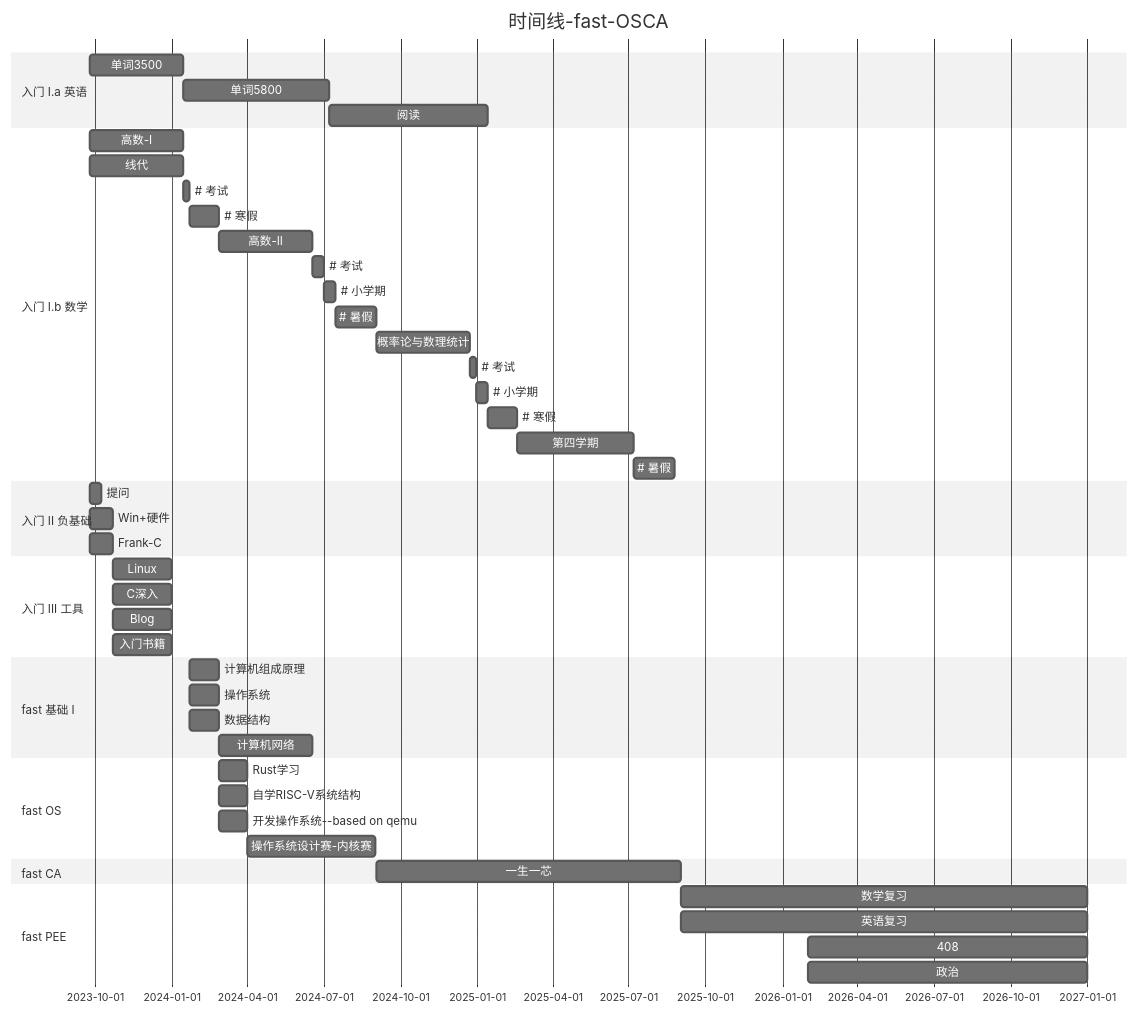
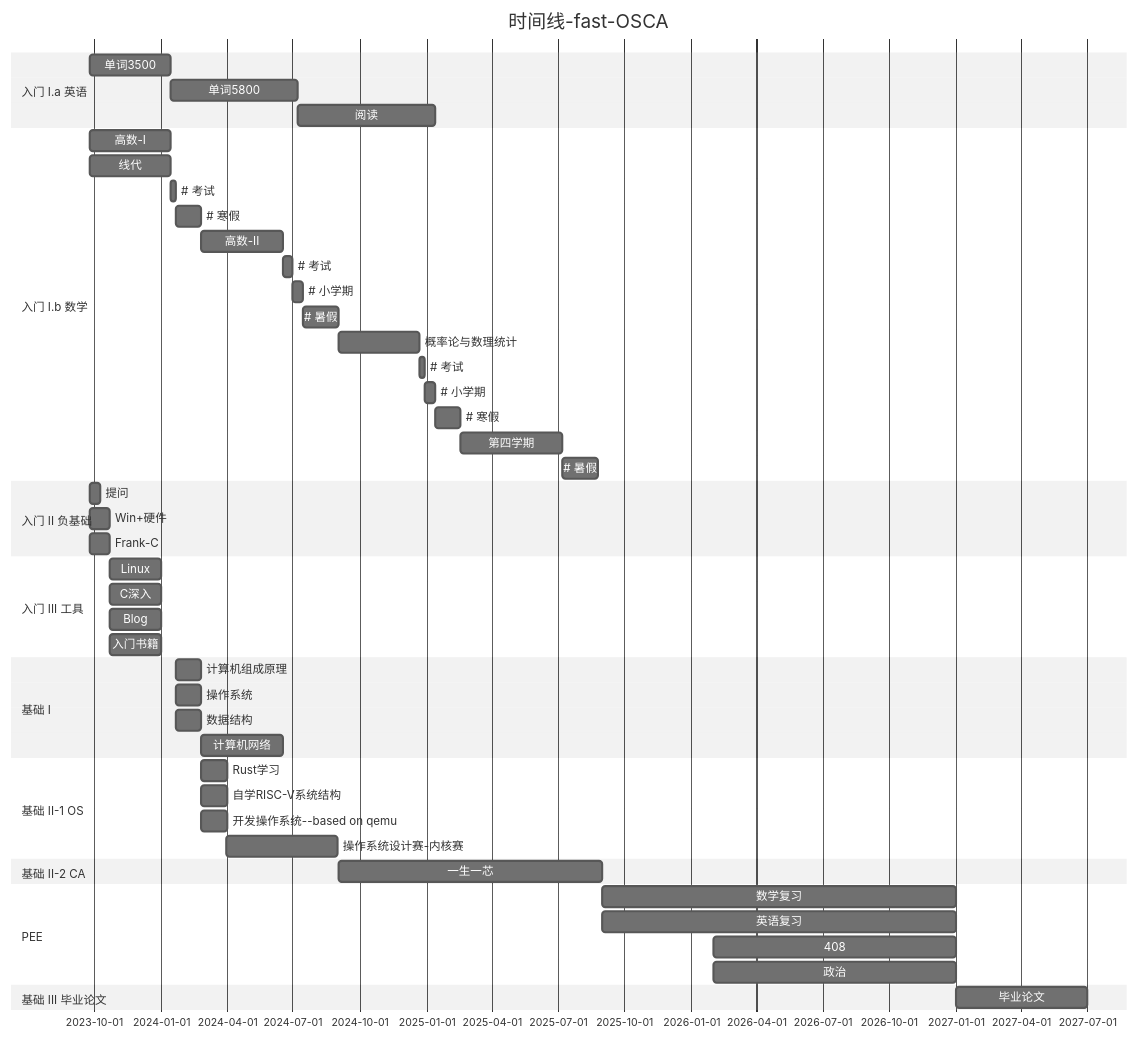
One commit to Haohahahaha/cs changed the first of 3 diagrams in docs/greenhand/fertile/route-time.md. Above: the diagram before and after it, drawn with Mermaid (neutral theme). The commit also changed other lines of this file and 1 other file, not shown here.

````diff
--- a/docs/greenhand/fertile/route-time.md
+++ b/docs/greenhand/fertile/route-time.md
@@ -1,49 +1,51 @@
 ```mermaid
 gantt
     title 时间线-fast-OSCA
     section 入门 I.a 英语
     单词3500  : 2023-09-25, 16w
     单词5800  : 25w
     阅读		: 27w
     section 入门 I.b 数学
     高数-I	: 2023-09-25, 16w
     线代 		: 2023-09-25, 16w
 #   考试: 1w
 #   寒假: 5w
     高数-II	: 2024-02-26, 16w
 #   考试: 2w
 #   小学期: 2w
 #   暑假: 7w
     概率论与数理统计: 2024-09-02, 16w
 #   考试: 1w
 #   小学期: 2w
 #   寒假: 5w
     第四学期: 20w
 #   暑假: 7w
     section 入门 II 负基础
     提问	: 2023-09-25, 2w
     Win+硬件: 2023-09-25, 4w
     Frank-C	: 2023-09-25, 4w
     section 入门 III 工具
     Linux: 2023-10-23, 10w
     C深入: 2023-10-23, 10w
     Blog: 2023-10-23, 10w
     入门书籍: 2023-10-23, 10w
-    section fast 基础 I 
+    section 基础 I 
    	计算机组成原理: 2024-01-22, 5w
    	操作系统: 2024-01-22, 5w
    	数据结构: 2024-01-22, 5w
     计算机网络: 2024-02-26, 16w
-    section fast OS
+    section 基础 II-1 OS
     Rust学习: 2024-02-26, 5w
     自学RISC-V系统结构: 2024-02-26, 5w
     开发操作系统--based on qemu: 2024-02-26, 5w
     操作系统设计赛-内核赛: 2024-03-31, 22w
-    section fast CA
+    section 基础 II-2 CA
     一生一芯: 2024-09-02, 364d
-    section fast PEE
+    section PEE
     数学复习: 2025-09-01, 16M
     英语复习: 2025-09-01, 16M
     408: 2026-02-01, 11M
     政治: 2026-02-01, 11M
+    section 基础 III 毕业论文
+    毕业论文: 2027-01-01,6M
 ```
````
